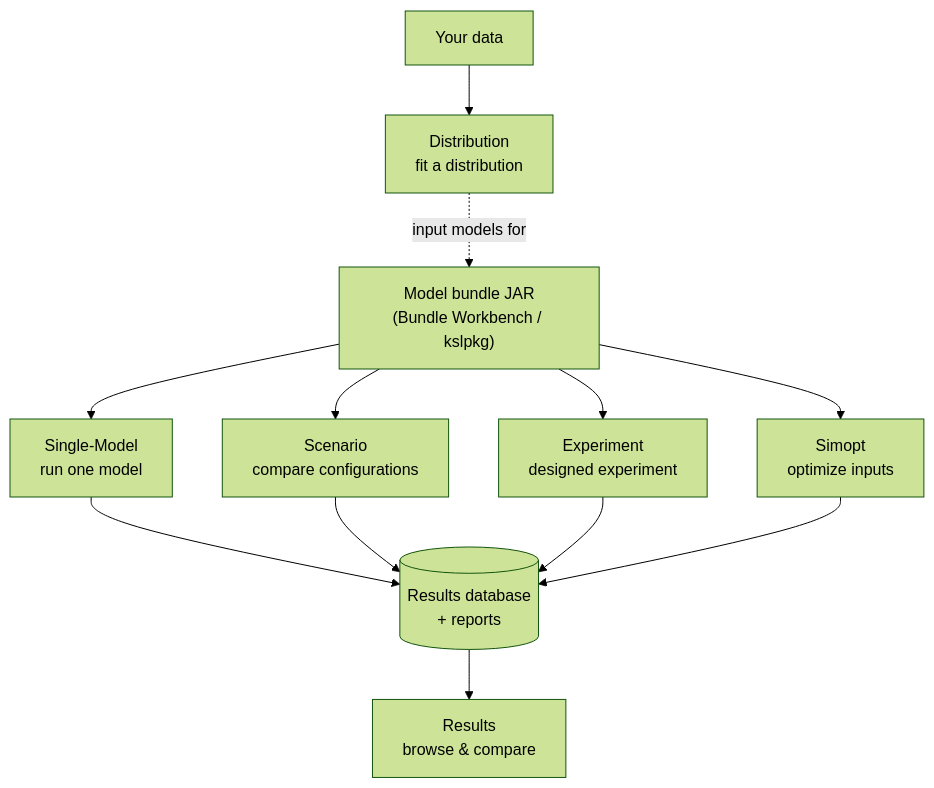
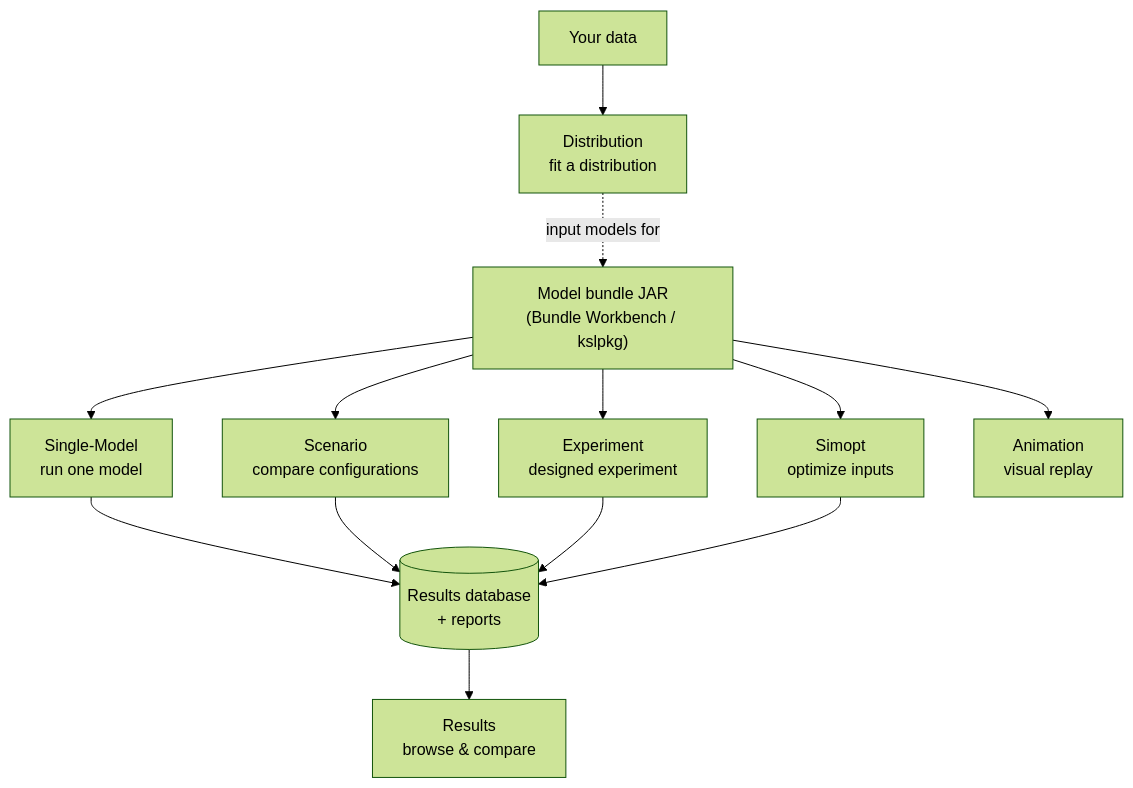
One commit to rossetti/KSL changed the diagram in docs/guides/apps/README.md. Above: the diagram before and after it, drawn with Mermaid (forest theme). The commit also changed other lines of this file and 2 other files, not shown here.

First line of the commit message:
docs: complete the apps diagram, link the guides callout, refresh a version

````diff
--- a/docs/guides/apps/README.md
+++ b/docs/guides/apps/README.md
@@ -44,15 +44,16 @@
 ```mermaid
 flowchart TD
     bundle["Model bundle JAR<br/>(Bundle Workbench / kslpkg)"]
     bundle --> single["Single-Model<br/>run one model"]
     bundle --> scenario["Scenario<br/>compare configurations"]
     bundle --> experiment["Experiment<br/>designed experiment"]
     bundle --> simopt["Simopt<br/>optimize inputs"]
+    bundle --> animation["Animation<br/>visual replay"]
     single --> db[("Results database<br/>+ reports")]
     scenario --> db
     experiment --> db
     simopt --> db
     db --> results["Results<br/>browse & compare"]
     data["Your data"] --> distribution["Distribution<br/>fit a distribution"]
     distribution -.->|"input models for"| bundle
 ```
````
